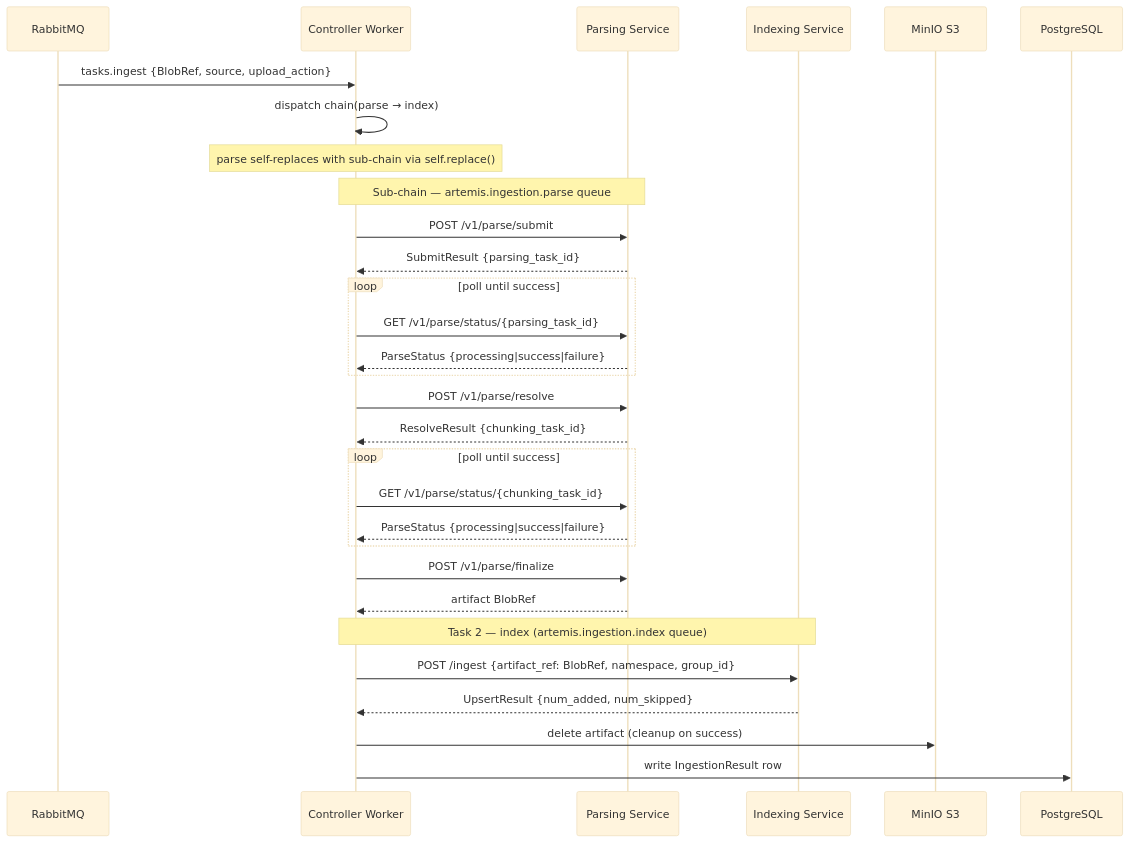
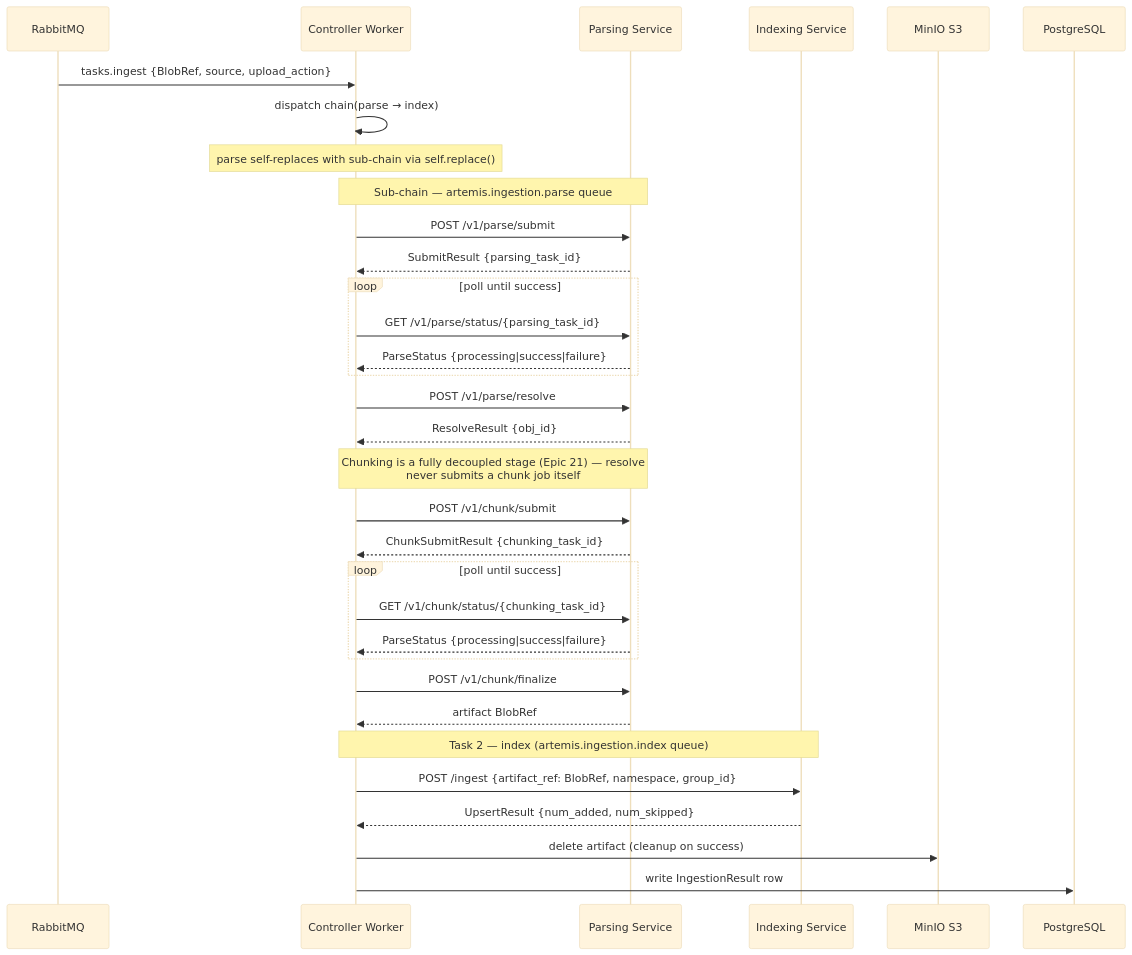
Before and after one commit to k-sparrow/artemis: the second of 4 diagrams in docs/architecture/ingestion-subsystem.md, drawn with Mermaid (base theme). The commit also changed other lines of this file and 17 other files, not shown here.

````diff
--- a/docs/architecture/ingestion-subsystem.md
+++ b/docs/architecture/ingestion-subsystem.md
@@ -113,36 +116,39 @@
 ```mermaid
 sequenceDiagram
     participant Q as RabbitMQ
     participant CW as Controller Worker
     participant PS as Parsing Service
     participant IS as Indexing Service
     participant S3 as MinIO S3
     participant PG as PostgreSQL
 
     Q->>CW: tasks.ingest {BlobRef, source, upload_action}
     CW->>CW: dispatch chain(parse → index)
     note over CW: parse self-replaces with sub-chain via self.replace()
 
     note over CW,PS: Sub-chain — artemis.ingestion.parse queue
     CW->>PS: POST /v1/parse/submit
     PS-->>CW: SubmitResult {parsing_task_id}
     loop poll until success
         CW->>PS: GET /v1/parse/status/{parsing_task_id}
         PS-->>CW: ParseStatus {processing|success|failure}
     end
     CW->>PS: POST /v1/parse/resolve
-    PS-->>CW: ResolveResult {chunking_task_id}
+    PS-->>CW: ResolveResult {obj_id}
+    note over CW,PS: Chunking is a fully decoupled stage (Epic 21) — resolve<br/>never submits a chunk job itself
+    CW->>PS: POST /v1/chunk/submit
+    PS-->>CW: ChunkSubmitResult {chunking_task_id}
     loop poll until success
-        CW->>PS: GET /v1/parse/status/{chunking_task_id}
+        CW->>PS: GET /v1/chunk/status/{chunking_task_id}
         PS-->>CW: ParseStatus {processing|success|failure}
     end
-    CW->>PS: POST /v1/parse/finalize
+    CW->>PS: POST /v1/chunk/finalize
     PS-->>CW: artifact BlobRef
 
     note over CW,IS: Task 2 — index (artemis.ingestion.index queue)
     CW->>IS: POST /ingest {artifact_ref: BlobRef, namespace, group_id}
     IS-->>CW: UpsertResult {num_added, num_skipped}
 
     CW->>S3: delete artifact (cleanup on success)
     CW->>PG: write IngestionResult row
 ```
````
